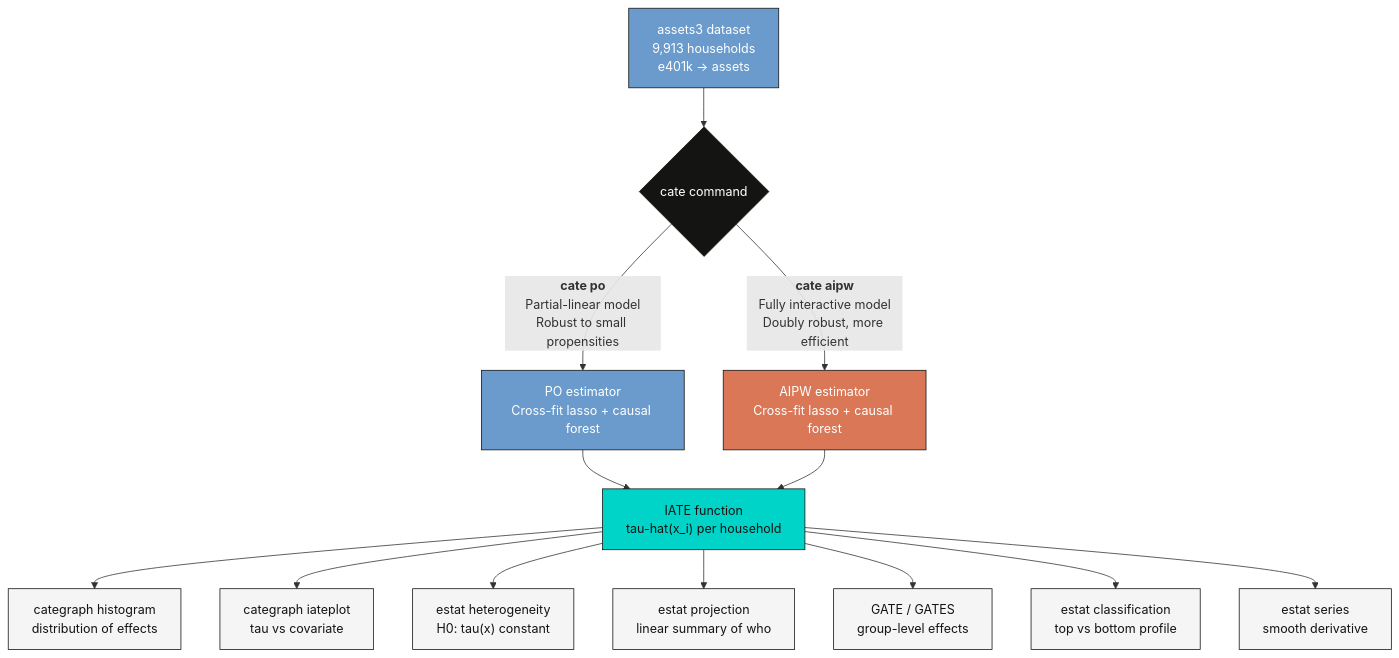
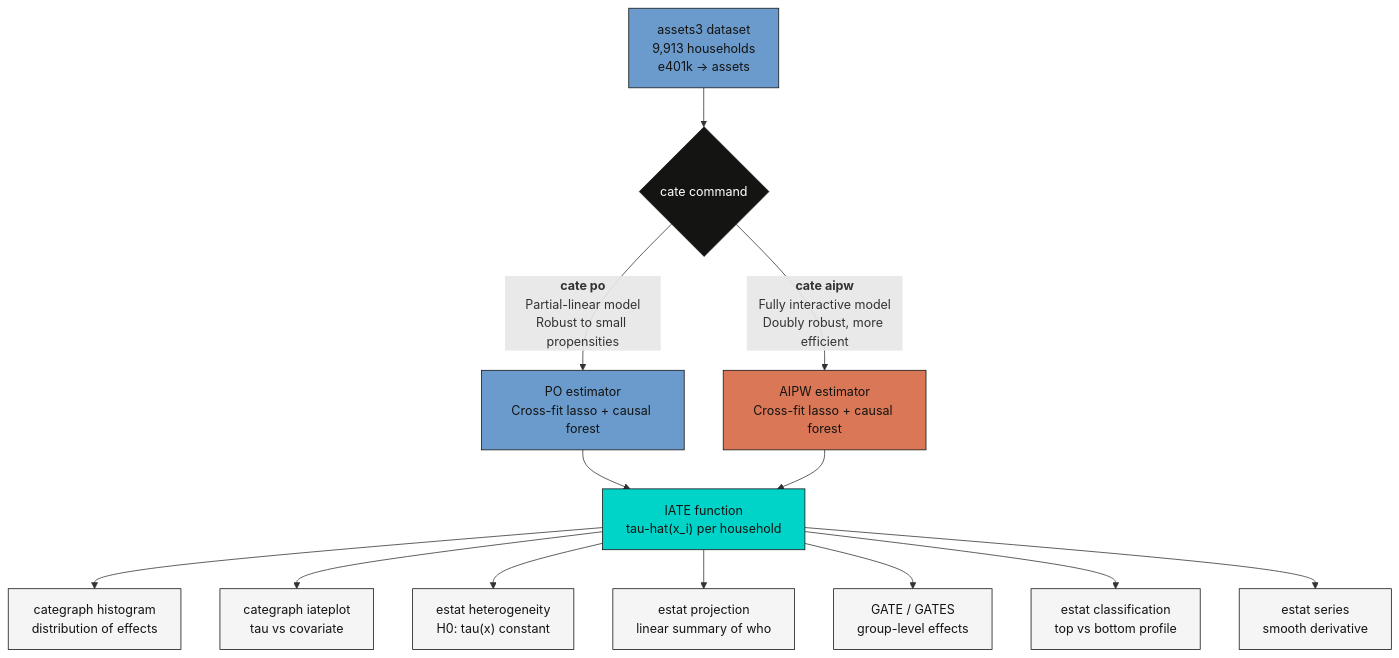
The diagram in content/post/stata_cate/index.md (cmg777/starter-academic-v501), drawn with Mermaid before and after one commit. The commit also changed 67 other files, not shown here.

First line of the commit message:
fix(mermaid): readable diagram text in both themes across the site

````diff
--- a/content/post/stata_cate/index.md
+++ b/content/post/stata_cate/index.md
@@ -86,23 +86,23 @@
 ```mermaid
 flowchart TB
     A["assets3 dataset<br/>9,913 households<br/>e401k -> assets"]:::data
     A --> B{cate command}:::main
     B -->|"<b>cate po</b><br/>Partial-linear model<br/>Robust to small propensities"| C["PO estimator<br/>Cross-fit lasso + causal forest"]:::po
     B -->|"<b>cate aipw</b><br/>Fully interactive model<br/>Doubly robust, more efficient"| D["AIPW estimator<br/>Cross-fit lasso + causal forest"]:::aipw
     C --> E["IATE function<br/>tau-hat(x_i) per household"]:::iate
     D --> E
     E --> F1["categraph histogram<br/>distribution of effects"]:::post
     E --> F2["categraph iateplot<br/>tau vs covariate"]:::post
     E --> F3["estat heterogeneity<br/>H0: tau(x) constant"]:::post
     E --> F4["estat projection<br/>linear summary of who"]:::post
     E --> F5["GATE / GATES<br/>group-level effects"]:::post
     E --> F6["estat classification<br/>top vs bottom profile"]:::post
     E --> F7["estat series<br/>smooth derivative"]:::post
 
-    classDef data fill:#6a9bcc,stroke:#141413,color:#fff
+    classDef data fill:#6a9bcc,stroke:#141413,color:#141413
     classDef main fill:#141413,stroke:#141413,color:#fff
-    classDef po fill:#6a9bcc,stroke:#141413,color:#fff
-    classDef aipw fill:#d97757,stroke:#141413,color:#fff
+    classDef po fill:#6a9bcc,stroke:#141413,color:#141413
+    classDef aipw fill:#d97757,stroke:#141413,color:#141413
     classDef iate fill:#00d4c8,stroke:#141413,color:#141413
     classDef post fill:#f5f5f5,stroke:#141413,color:#141413
 ```
````
